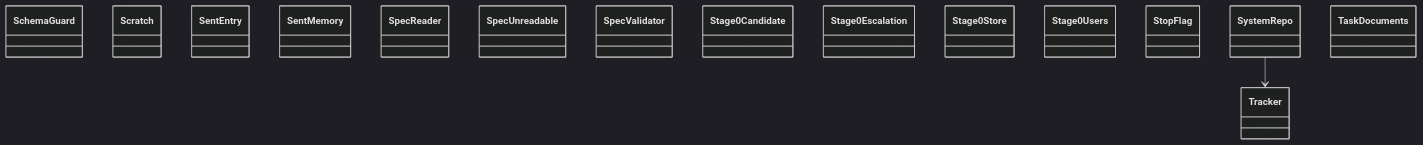
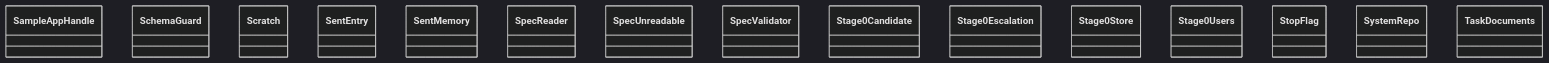
One commit to GonzaloZevallos/agentic-system changed the diagram in docs/architecture/generated/classes-process-application-support-6.md. Above: the diagram before and after it, drawn with Mermaid (dark theme). The commit also changed other lines of this file and 8 other files, not shown here.

````diff
--- a/docs/architecture/generated/classes-process-application-support-6.md
+++ b/docs/architecture/generated/classes-process-application-support-6.md
@@ -20,19 +20,18 @@
 ```mermaid
 classDiagram
+    class ports__SampleAppHandle["SampleAppHandle"]
     class ports__SchemaGuard["SchemaGuard"]
     class ports__Scratch["Scratch"]
     class ports__SentEntry["SentEntry"]
     class ports__SentMemory["SentMemory"]
     class ports__SpecReader["SpecReader"]
     class ports__SpecUnreadable["SpecUnreadable"]
     class ports__SpecValidator["SpecValidator"]
     class ports__Stage0Candidate["Stage0Candidate"]
     class ports__Stage0Escalation["Stage0Escalation"]
     class ports__Stage0Store["Stage0Store"]
     class ports__Stage0Users["Stage0Users"]
     class ports__StopFlag["StopFlag"]
     class ports__SystemRepo["SystemRepo"]
     class ports__TaskDocuments["TaskDocuments"]
-    class ports__Tracker["Tracker"]
-    ports__SystemRepo --> ports__Tracker
 ```
````
